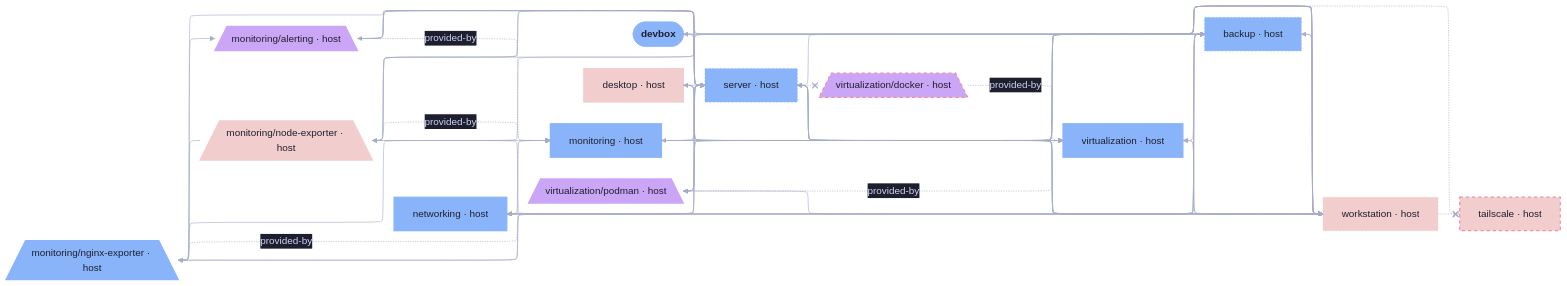
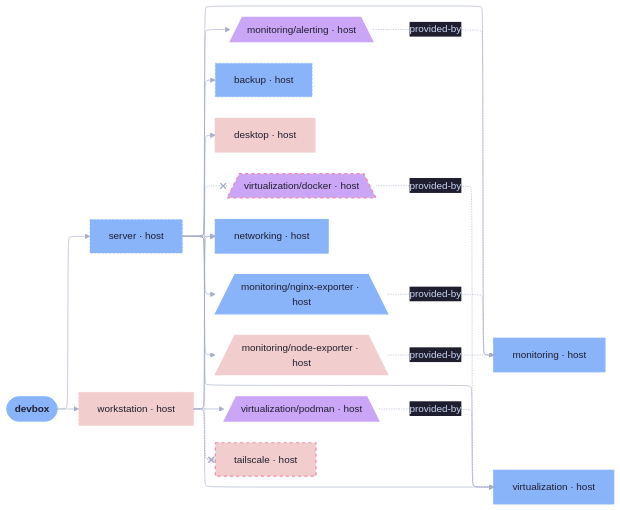
Before and after one commit to sini/den: the diagram in templates/diag-fx-demo/diagrams/devbox-decisions.md, drawn with Mermaid. The commit also changed 849 other files, not shown here.

Commit message:
chore: update fx diagrams

```diff
--- a/templates/diag-fx-demo/diagrams/devbox-decisions.md
+++ b/templates/diag-fx-demo/diagrams/devbox-decisions.md
@@ -20,46 +20,10 @@
   virtualization["virtualization · host"]:::virtualization_c
   workstation["workstation · host"]:::workstation_c
 
-  backup --> server
-  backup --> workstation
-  desktop --> backup
-  desktop --> server
-  desktop --> workstation
-  desktop --> virtualization
-  devbox --> backup
   devbox --> server
   devbox --> workstation
-  monitoring --> backup
-  monitoring__alerting --> backup
-  monitoring__nginx_exporter --> backup
-  monitoring__node_exporter --> backup
-  networking --> backup
+  server --> monitoring__alerting
   server --> backup
-  virtualization --> backup
-  virtualization__podman --> backup
-  workstation --> backup
-  monitoring --> server
-  monitoring__alerting --> server
-  monitoring__nginx_exporter --> server
-  monitoring__node_exporter --> server
-  networking --> server
-  virtualization --> server
-  virtualization__podman --> server
-  workstation --> server
-  monitoring --> workstation
-  monitoring__alerting --> workstation
-  monitoring__nginx_exporter --> workstation
-  monitoring__node_exporter --> workstation
-  networking --> workstation
-  server --> workstation
-  virtualization --> workstation
-  virtualization__podman --> workstation
-  monitoring --> monitoring__node_exporter
-  monitoring__nginx_exporter --> monitoring__alerting
-  monitoring__node_exporter --> monitoring__nginx_exporter
-  networking --> monitoring
-  server --> monitoring__alerting
-  server --> devbox
   server -.-x virtualization__docker
   server --> monitoring
   server --> networking
@@ -67,7 +31,6 @@
   server --> monitoring__node_exporter
   server -.-x tailscale
   server --> virtualization
-  virtualization --> virtualization__podman
   workstation --> desktop
   workstation --> networking
   workstation --> virtualization__podman
@@ -83,7 +46,7 @@
   classDef monitoring__alerting_c fill:#cba6f7,stroke:#cba6f7,color:#1e1e2e,stroke-width:2px
   classDef backup_c fill:#89b4fa,stroke:#89b4fa,color:#1e1e2e,stroke-dasharray: 3 3,stroke-width:1px
   classDef desktop_c fill:#f2cdcd,stroke:#f2cdcd,color:#1e1e2e,stroke-width:2px
-  classDef devbox_c fill:#f2cdcd,stroke:#f2cdcd,color:#1e1e2e,stroke-width:3px
+  classDef devbox_c fill:#f2cdcd,stroke:#f2cdcd,color:#1e1e2e,stroke-width:2px
   classDef virtualization__docker_c fill:#cba6f7,stroke:#f38ba8,color:#1e1e2e,stroke-dasharray: 5 5,stroke-width:2px
   classDef monitoring_c fill:#89b4fa,stroke:#89b4fa,color:#1e1e2e,stroke-width:2px
   classDef networking_c fill:#89b4fa,stroke:#89b4fa,color:#1e1e2e,stroke-width:2px
```
